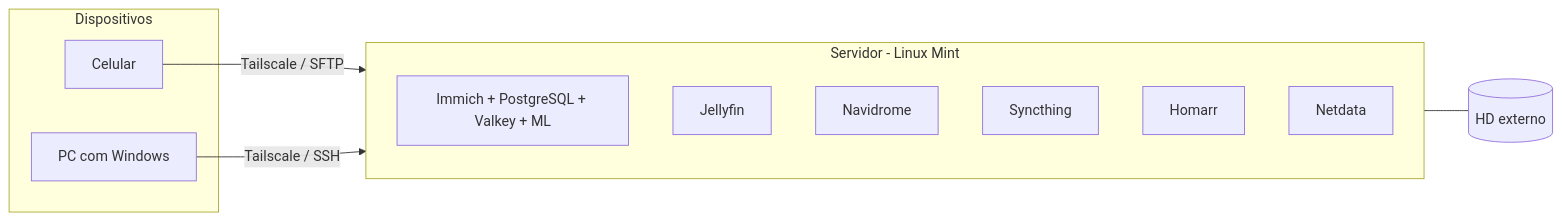
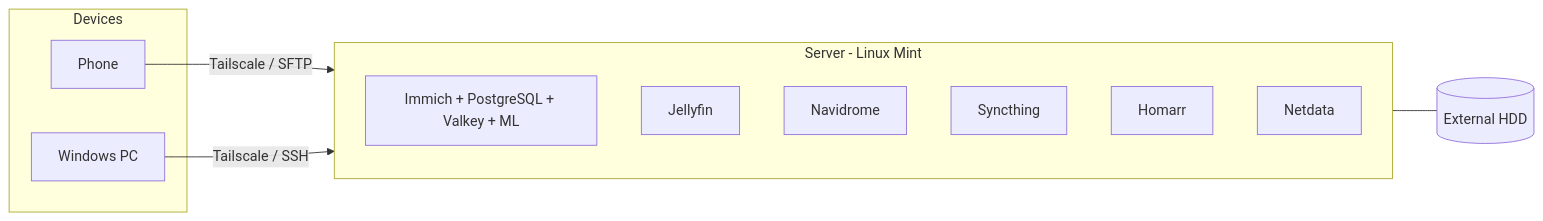
The diagram in README.md (LeooGonsales/homelab), drawn with Mermaid before and after one commit. The commit also changed other lines of this file, not shown here.

````diff
--- a/README.md
+++ b/README.md
@@ -39,19 +41,19 @@
 ```mermaid
 flowchart LR
-    subgraph Dispositivos
-        cel[Celular]
-        pc[PC com Windows]
+    subgraph Devices
+        cel[Phone]
+        pc[Windows PC]
     end
     cel -- Tailscale / SFTP --> srv
     pc -- Tailscale / SSH --> srv
-    subgraph srv[Servidor - Linux Mint]
+    subgraph srv[Server - Linux Mint]
         direction TB
         immich[Immich + PostgreSQL + Valkey + ML]
         jelly[Jellyfin]
         navi[Navidrome]
         sync[Syncthing]
         homarr[Homarr]
         net[Netdata]
     end
-    srv --- hd[(HD externo)]
+    srv --- hd[(External HDD)]
 ```
````
